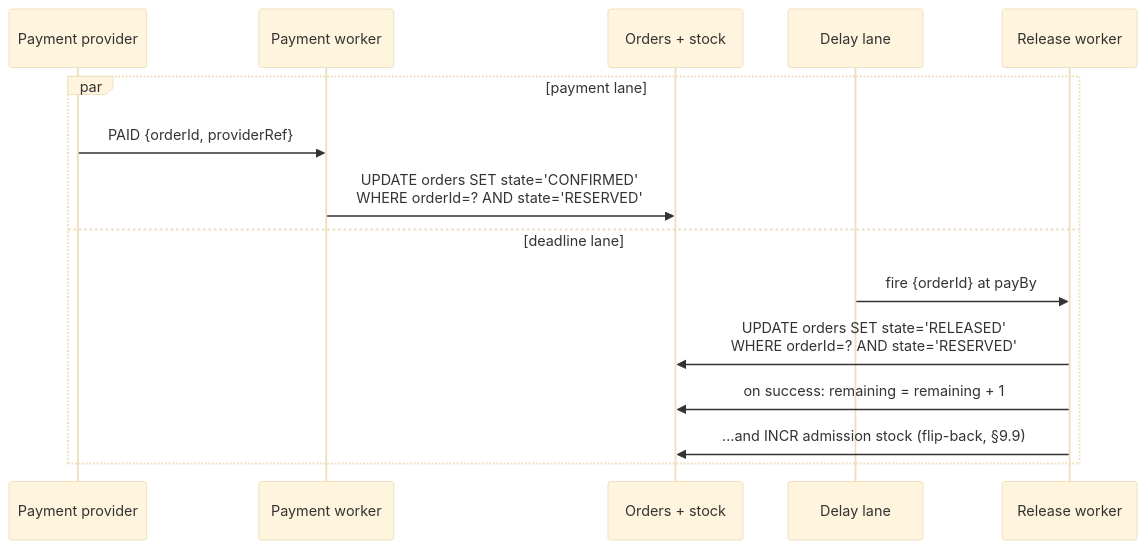
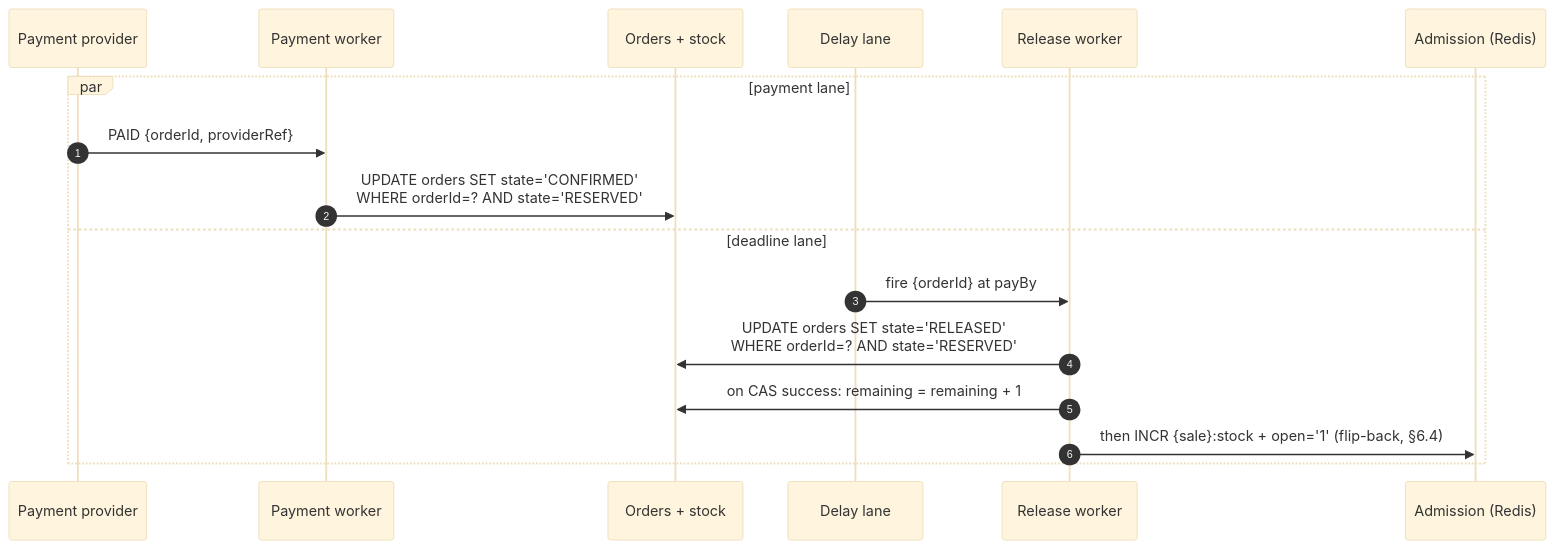
One commit to quannh0308/SystemDesignDeepDives changed the fourth of 4 diagrams in flash-sale-inventory/docs/hld.md. Above: the diagram before and after it, drawn with Mermaid (base theme). The commit also changed other lines of this file and 1 other file, not shown here.

Commit message:
flash-sale-inventory: deepen hld.md §1-§8 to uber-like-rides altitude — state machine, budgets, schemas, crash matrix, scorecards

````diff
--- a/flash-sale-inventory/docs/hld.md
+++ b/flash-sale-inventory/docs/hld.md
@@ -285,17 +399,19 @@
 ```mermaid
 sequenceDiagram
+    autonumber
     participant PP as Payment provider
     participant PW as Payment worker
     participant DB as Orders + stock
     participant DL as Delay lane
     participant RW as Release worker
+    participant AD as Admission (Redis)
     par payment lane
         PP->>PW: PAID {orderId, providerRef}
         PW->>DB: UPDATE orders SET state='CONFIRMED'<br/>WHERE orderId=? AND state='RESERVED'
     and deadline lane
         DL->>RW: fire {orderId} at payBy
         RW->>DB: UPDATE orders SET state='RELEASED'<br/>WHERE orderId=? AND state='RESERVED'
-        RW->>DB: on success: remaining = remaining + 1
-        RW->>DB: …and INCR admission stock (flip-back, §9.9)
+        RW->>DB: on CAS success: remaining = remaining + 1
+        RW->>AD: then INCR {sale}:stock + open='1' (flip-back, §6.4)
     end
 ```
````
